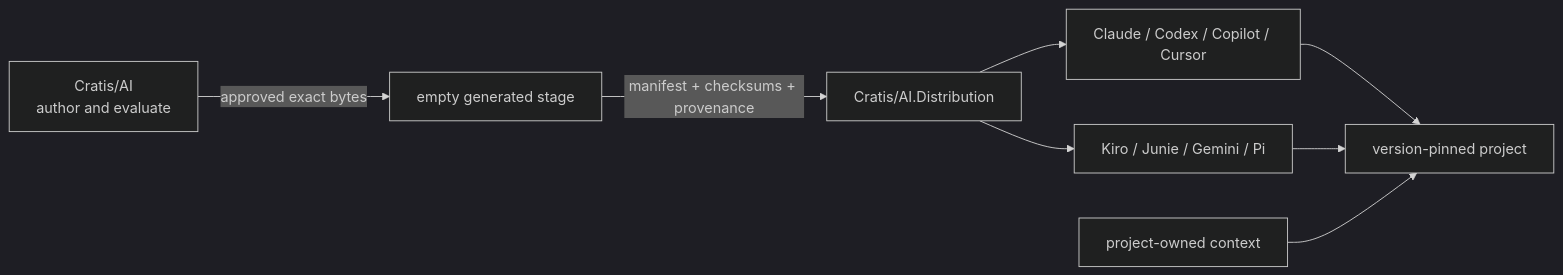
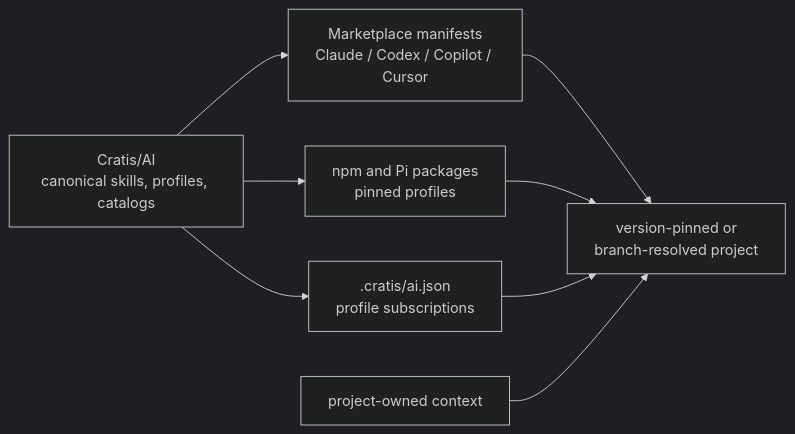
One commit to Cratis/Documentation changed the diagram in web/src/content/docs/ai/trust-and-distribution.mdx. Above: the diagram before and after it, drawn with Mermaid (dark theme). The commit also changed other lines of this file and 6 other files, not shown here.

````diff
--- a/web/src/content/docs/ai/trust-and-distribution.mdx
+++ b/web/src/content/docs/ai/trust-and-distribution.mdx
@@ -15,10 +14,10 @@
 ```mermaid
 flowchart LR
-    A[Cratis/AI<br/>author and evaluate] -->|approved exact bytes| G[empty generated stage]
-    G -->|manifest + checksums + provenance| D[Cratis/AI.Distribution]
-    D --> C[Claude / Codex / Copilot / Cursor]
-    D --> K[Kiro / Junie / Gemini / Pi]
-    C --> P[version-pinned project]
-    K --> P
+    A[Cratis/AI<br/>canonical skills, profiles, catalogs] --> M[Marketplace manifests<br/>Claude / Codex / Copilot / Cursor]
+    A --> N[npm and Pi packages<br/>pinned profiles]
+    A --> S[.cratis/ai.json<br/>profile subscriptions]
+    M --> P[version-pinned or<br/>branch-resolved project]
+    N --> P
+    S --> P
     X[project-owned context] --> P
 ```
````
